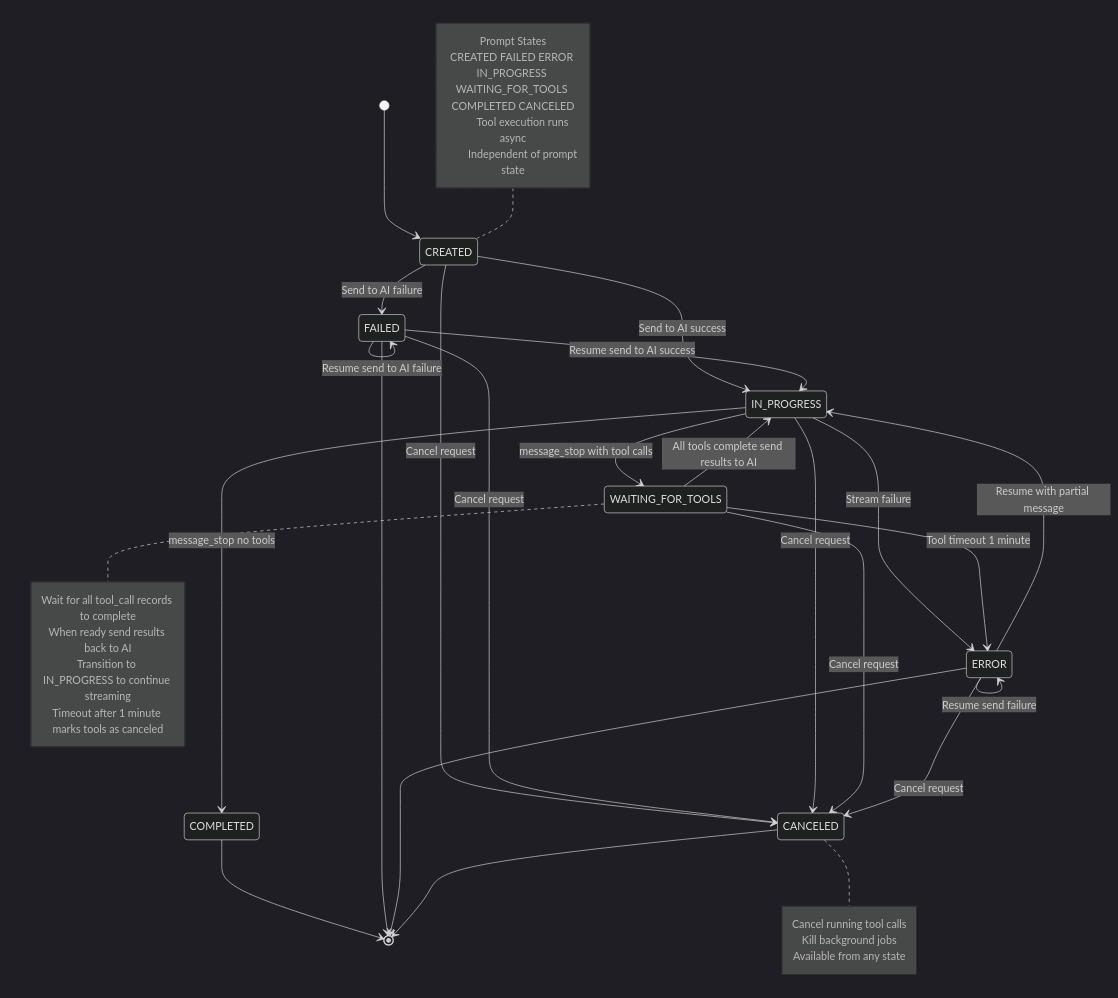
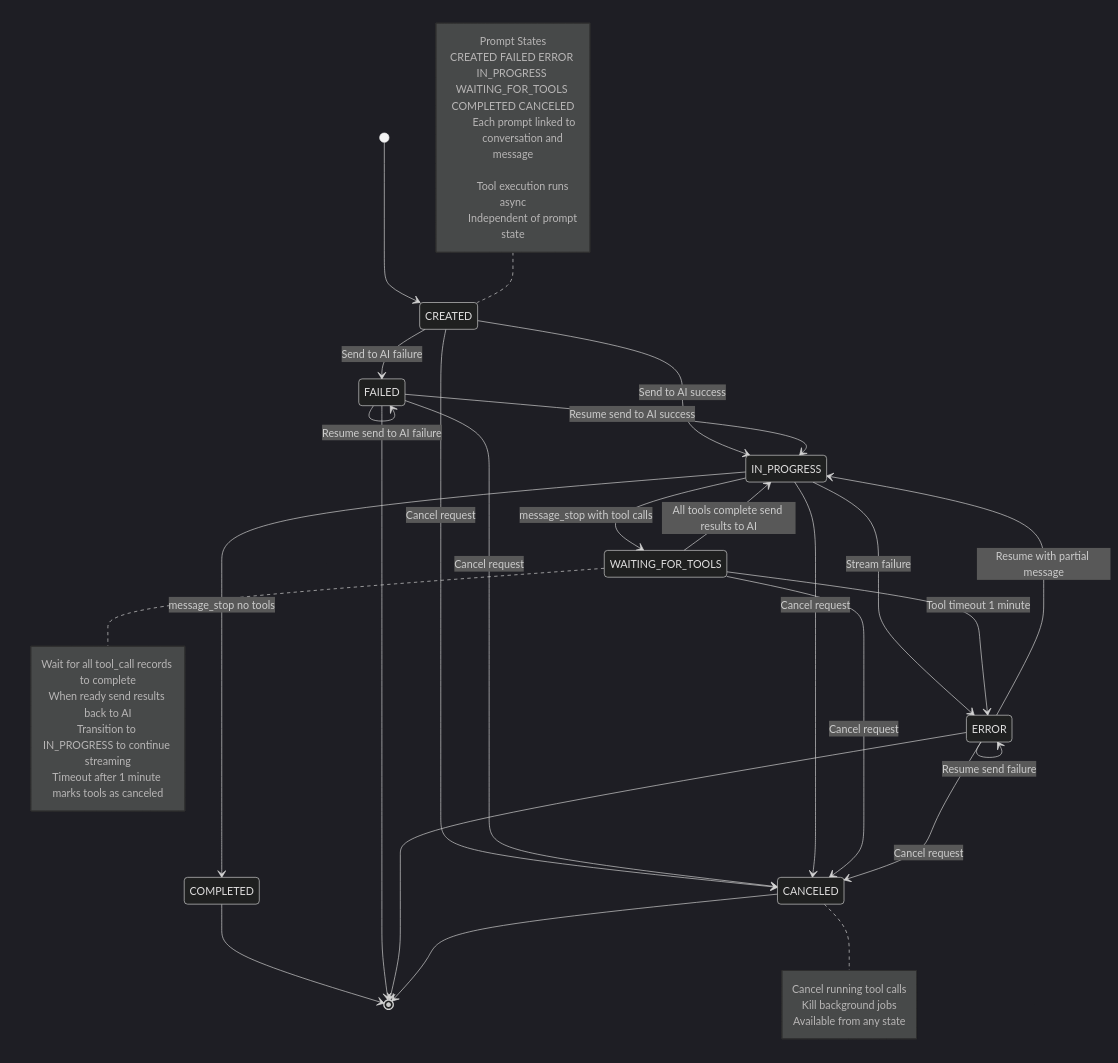
One commit to dackerman/assistant changed the diagram in docs/streaming_state_machine.mmd. Above: the diagram before and after it, drawn with Mermaid (dark theme). The commit also changed 3 other files, not shown here.

First line of the commit message:
Add comprehensive streaming architecture documentation

```diff
--- a/docs/streaming_state_machine.mmd
+++ b/docs/streaming_state_machine.mmd
@@ -1,50 +1,53 @@
 stateDiagram-v2
     [*] --> CREATED
     
     CREATED --> IN_PROGRESS : Send to AI success
     CREATED --> FAILED : Send to AI failure
     CREATED --> CANCELED : Cancel request
     
     FAILED --> IN_PROGRESS : Resume send to AI success
     FAILED --> FAILED : Resume send to AI failure
     FAILED --> CANCELED : Cancel request
     
     IN_PROGRESS --> ERROR : Stream failure
     IN_PROGRESS --> WAITING_FOR_TOOLS : message_stop with tool calls
     IN_PROGRESS --> COMPLETED : message_stop no tools
     IN_PROGRESS --> CANCELED : Cancel request
     
     WAITING_FOR_TOOLS --> IN_PROGRESS : All tools complete send results to AI
     WAITING_FOR_TOOLS --> ERROR : Tool timeout 1 minute
     WAITING_FOR_TOOLS --> CANCELED : Cancel request
     
     ERROR --> IN_PROGRESS : Resume with partial message
     ERROR --> ERROR : Resume send failure
     ERROR --> CANCELED : Cancel request
     
     COMPLETED --> [*]
     FAILED --> [*] 
     ERROR --> [*]
     CANCELED --> [*]
     
     note right of WAITING_FOR_TOOLS
         Wait for all tool_call records to complete
         When ready send results back to AI
         Transition to IN_PROGRESS to continue streaming
         Timeout after 1 minute marks tools as canceled
     end note
     
     note right of CANCELED
         Cancel running tool calls
         Kill background jobs
         Available from any state
     end note
     
     note left of CREATED
         Prompt States
         CREATED FAILED ERROR IN_PROGRESS 
         WAITING_FOR_TOOLS COMPLETED CANCELED
         
+        Each prompt linked to
+        conversation and message
+        
         Tool execution runs async
         Independent of prompt state
     end note
```
